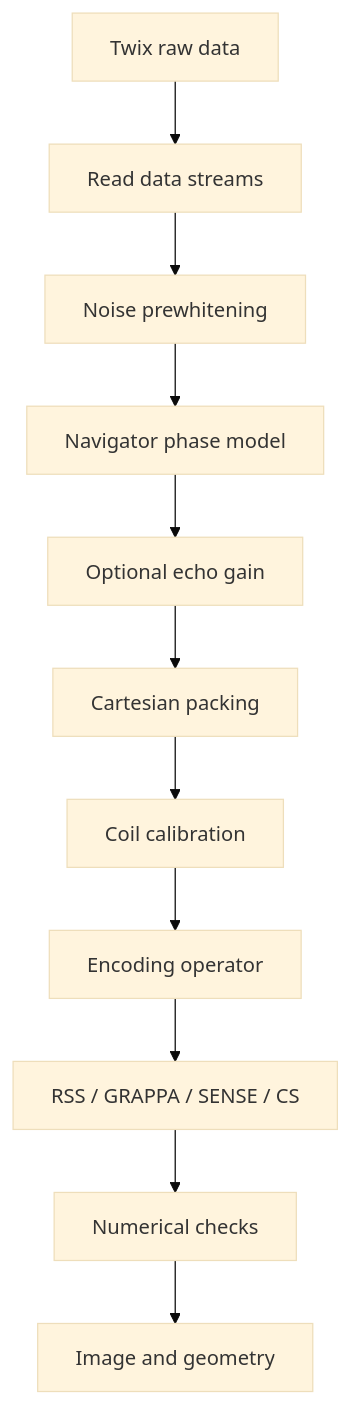
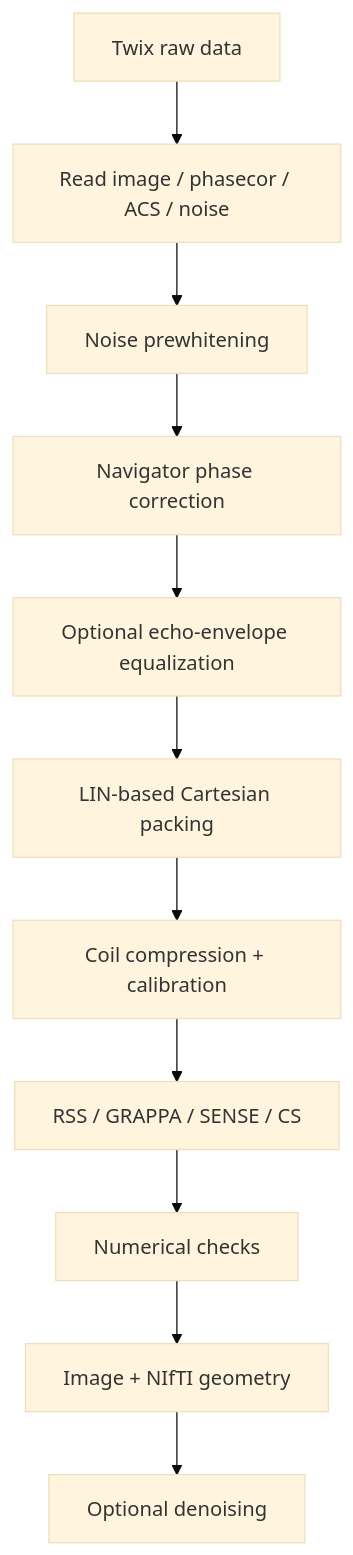
The diagram in docs/reconstruction.md (BennyZhang-Codes/tse-pulseq-matlab), drawn with Mermaid (base theme) before and after one commit. The commit also changed other lines of this file, not shown here.

````diff
--- a/docs/reconstruction.md
+++ b/docs/reconstruction.md
@@ -11,13 +19,13 @@
 ```mermaid
 flowchart TD
-    A[Twix raw data] --> B[Read data streams]
+    A[Twix raw data] --> B[Read image / phasecor / ACS / noise]
     B --> C[Noise prewhitening]
-    C --> D[Navigator phase model]
-    D --> E[Optional echo gain]
-    E --> F[Cartesian packing]
-    F --> G[Coil calibration]
-    G --> H[Encoding operator]
-    H --> I[RSS / GRAPPA / SENSE / CS]
-    I --> J[Numerical checks]
-    J --> K[Image and geometry]
+    C --> D[Navigator phase correction]
+    D --> E[Optional echo-envelope equalization]
+    E --> F[LIN-based Cartesian packing]
+    F --> G[Coil compression + calibration]
+    G --> H[RSS / GRAPPA / SENSE / CS]
+    H --> I[Numerical checks]
+    I --> J[Image + NIfTI geometry]
+    J --> K[Optional denoising]
 ```
````
